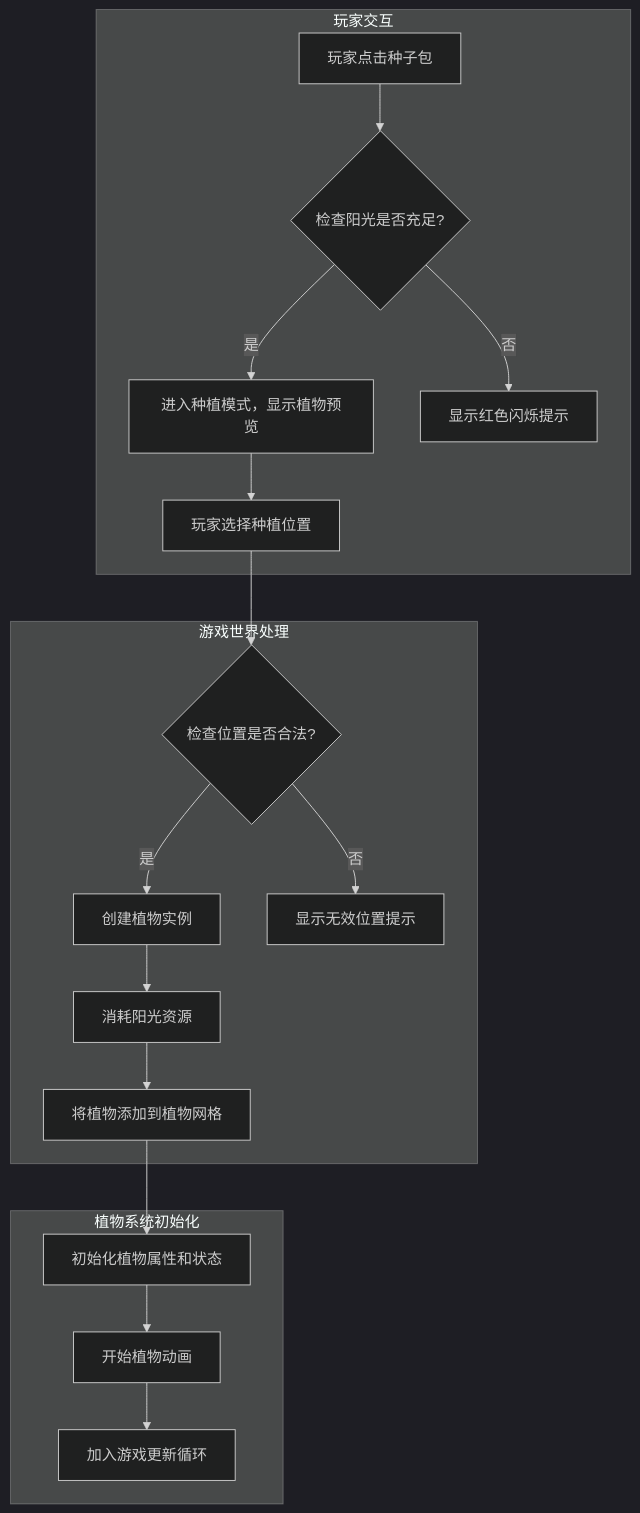
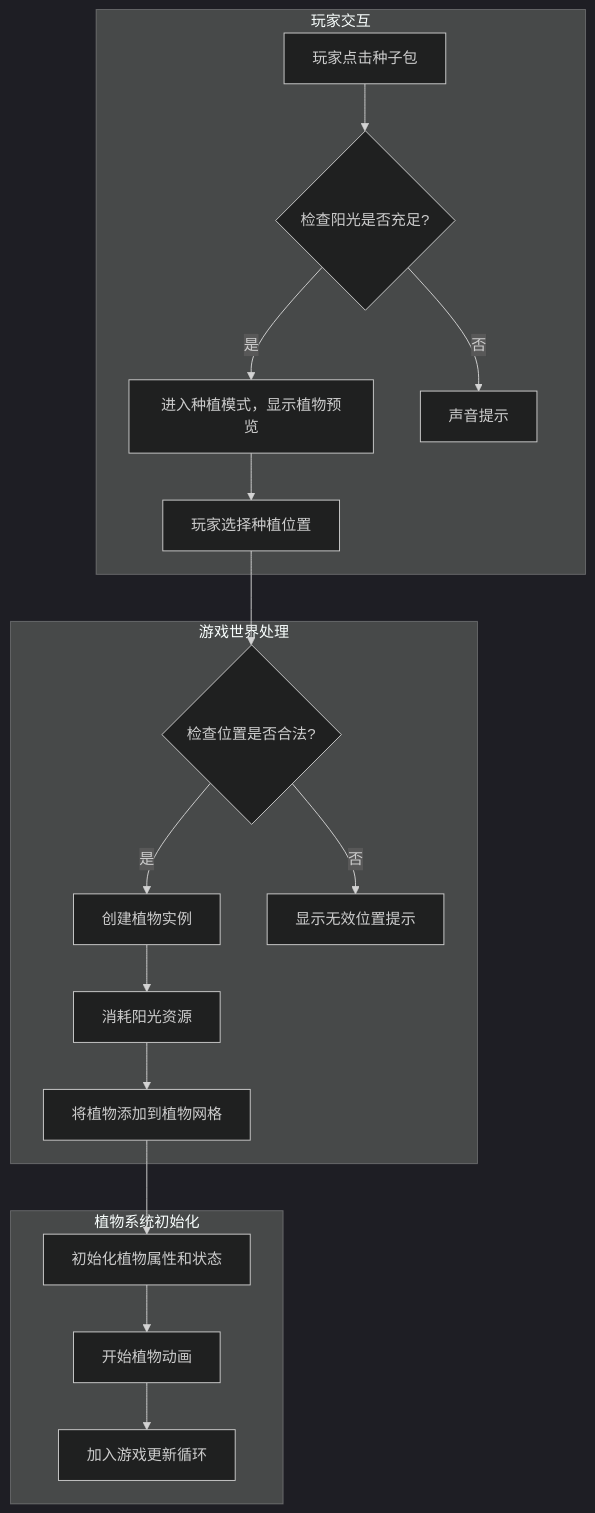
Before and after one commit to x-yy-x/Cocos2dx-Plants-Vs-Zombies: the second of 4 diagrams in README.md, drawn with Mermaid (dark theme). The commit also changed other lines of this file, not shown here.

````diff
--- a/README.md
+++ b/README.md
@@ -1384,23 +1324,23 @@
 ```mermaid
 flowchart TD
     subgraph 玩家交互
         A[玩家点击种子包] --> B{检查阳光是否充足?}
         B -->|是| C[进入种植模式，显示植物预览]
-        B -->|否| D[显示红色闪烁提示]
+        B -->|否| D[声音提示]
         C --> E[玩家选择种植位置]
     end
     
     subgraph 游戏世界处理
         E --> F{检查位置是否合法?}
         F -->|是| G[创建植物实例]
         F -->|否| H[显示无效位置提示]
         G --> I[消耗阳光资源]
         I --> J[将植物添加到植物网格]
     end
     
     subgraph 植物系统初始化
         J --> K[初始化植物属性和状态]
         K --> L[开始植物动画]
         L --> M[加入游戏更新循环]
     end
 ```
````
